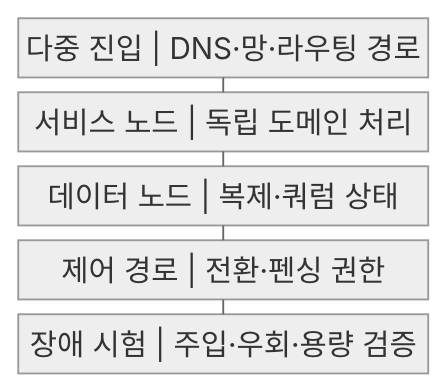
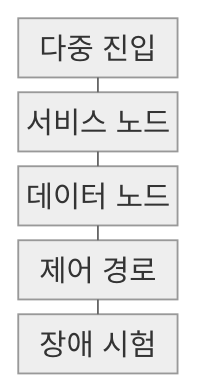
Before and after one commit to agnusdei1207/knowledge-base: the first of 2 diagrams in src/content/docs/notes/03-software/199_spof_elimination.md, drawn with Mermaid (neutral theme). The commit also changed other lines of this file and 238 other files, not shown here.

````diff
--- a/src/content/docs/notes/03-software/199_spof_elimination.md
+++ b/src/content/docs/notes/03-software/199_spof_elimination.md
@@ -57,13 +57,13 @@
 ```mermaid
-block
+block-beta
     columns 1
-    A["다중 진입 | DNS·망·라우팅 경로"]
-    B["서비스 노드 | 독립 도메인 처리"]
-    C["데이터 노드 | 복제·쿼럼 상태"]
-    D["제어 경로 | 전환·펜싱 권한"]
-    E["장애 시험 | 주입·우회·용량 검증"]
+    A["다중 진입"]
+    B["서비스 노드"]
+    C["데이터 노드"]
+    D["제어 경로"]
+    E["장애 시험"]
     A --- B
     B --- C
     C --- D
     D --- E
 ```
````
